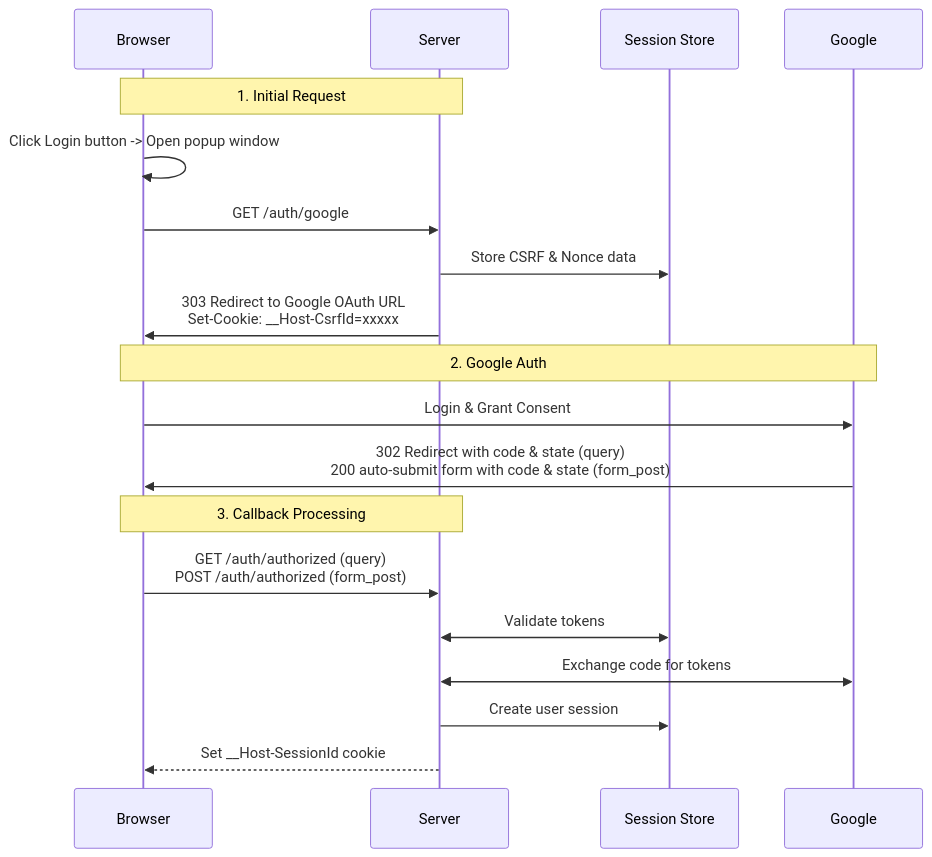
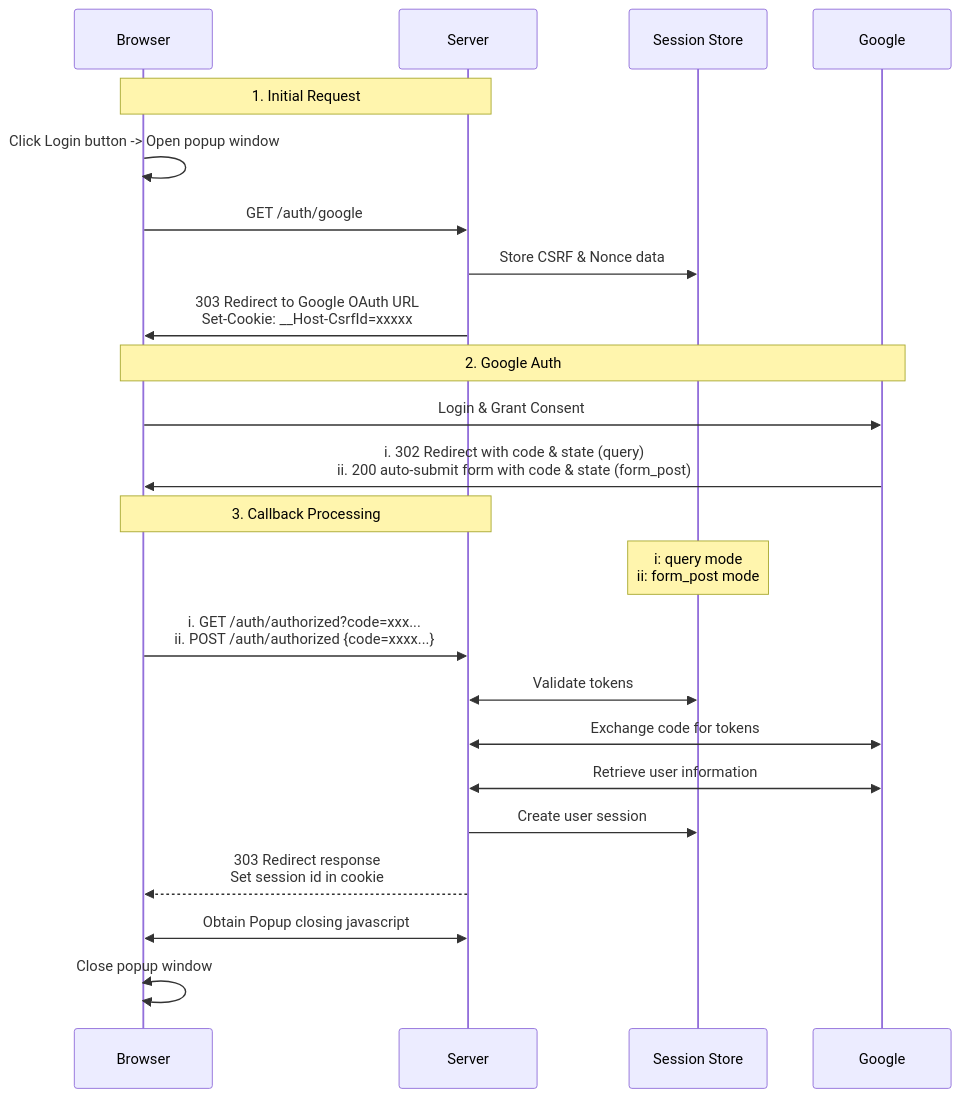
One commit to ktaka-ccmp/ktaka.blog.ccmp.jp changed the second of 5 diagrams in 2024/Axum-Google-OAuth2-Login/Readme.en.md. Above: the diagram before and after it, drawn with Mermaid. The commit also changed other lines of this file, not shown here.

````diff
--- a/2024/Axum-Google-OAuth2-Login/Readme.en.md
+++ b/2024/Axum-Google-OAuth2-Login/Readme.en.md
@@ -136,24 +166,28 @@
 ```mermaid
 sequenceDiagram
     participant Browser
     participant Server
     participant Session Store
     participant Google
 
     Note over Browser,Server: 1. Initial Request
     Browser->>Browser: Click Login button -> Open popup window
     Browser->>Server: GET /auth/google
     Server->>Session Store: Store CSRF & Nonce data
     Server->>Browser: 303 Redirect to Google OAuth URL<br/>Set-Cookie: __Host-CsrfId=xxxxx
 
     Note over Browser,Google: 2. Google Auth
     Browser->>Google: Login & Grant Consent
-    Google->>Browser: 302 Redirect with code & state (query)<br/> 200 auto-submit form with code & state (form_post)
+    Google->>Browser: i. 302 Redirect with code & state (query)<br/> ii. 200 auto-submit form with code & state (form_post)
 
     Note over Browser,Server: 3. Callback Processing
-    Browser->>Server: GET /auth/authorized (query) <br/>POST /auth/authorized (form_post)
+    Note over Session Store: i: query mode<br/>ii: form_post mode
+    Browser->>Server: i. GET /auth/authorized?code=xxx...<br/>ii. POST /auth/authorized {code=xxxx...}
     Server<<->>Session Store: Validate tokens
     Server<<->>Google: Exchange code for tokens
+    Server<<->>Google: Retrieve user information
     Server->>Session Store: Create user session
-    Server-->>Browser: Set __Host-SessionId cookie
+    Server-->>Browser: 303 Redirect response<br/>Set session id in cookie
+    Server<<->>Browser: Obtain Popup closing javascript
+    Browser<<->>Browser: Close popup window
 ```
````
